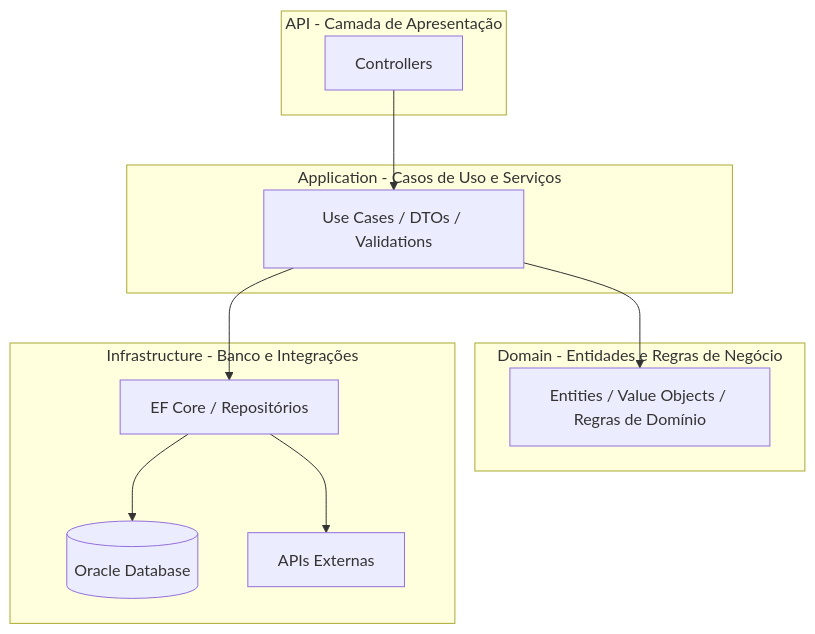
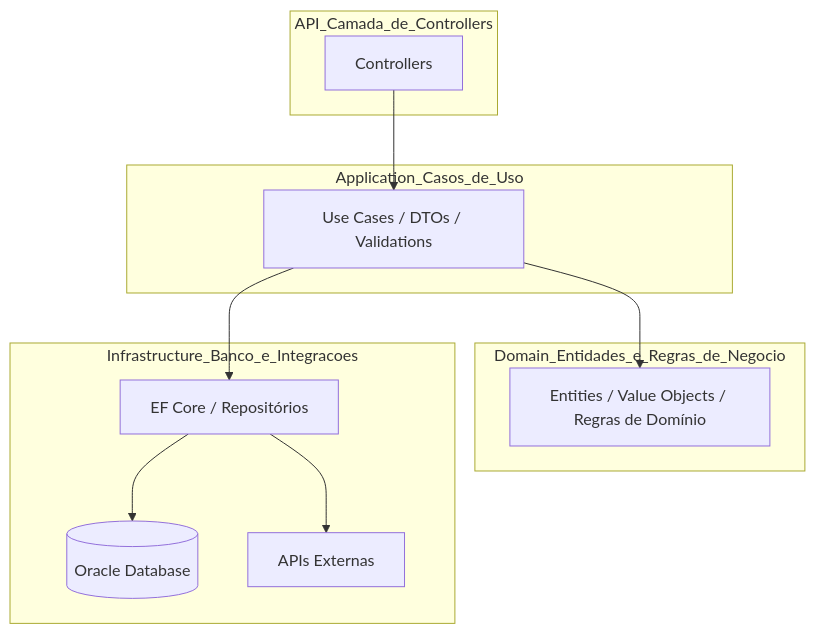
One commit to alanerochaa/atendimentos-api changed the diagram in README.md. Above: the diagram before and after it, drawn with Mermaid.

````diff
--- a/README.md
+++ b/README.md
@@ -42,26 +42,26 @@
 ```mermaid
 flowchart TD
-    subgraph Presentation ["API - Camada de Apresentação"]
+    subgraph API_Camada_de_Controllers
         A[Controllers]
     end
 
-    subgraph Application ["Application - Casos de Uso e Serviços"]
+    subgraph Application_Casos_de_Uso
         B[Use Cases / DTOs / Validations]
     end
 
-    subgraph Domain ["Domain - Entidades e Regras de Negócio"]
+    subgraph Domain_Entidades_e_Regras_de_Negocio
         C[Entities / Value Objects / Regras de Domínio]
     end
 
-    subgraph Infrastructure ["Infrastructure - Banco e Integrações"]
+    subgraph Infrastructure_Banco_e_Integracoes
         D[EF Core / Repositórios]
         E[(Oracle Database)]
         F[APIs Externas]
     end
 
     A --> B
     B --> C
     B --> D
     D --> E
     D --> F
 ```
````
